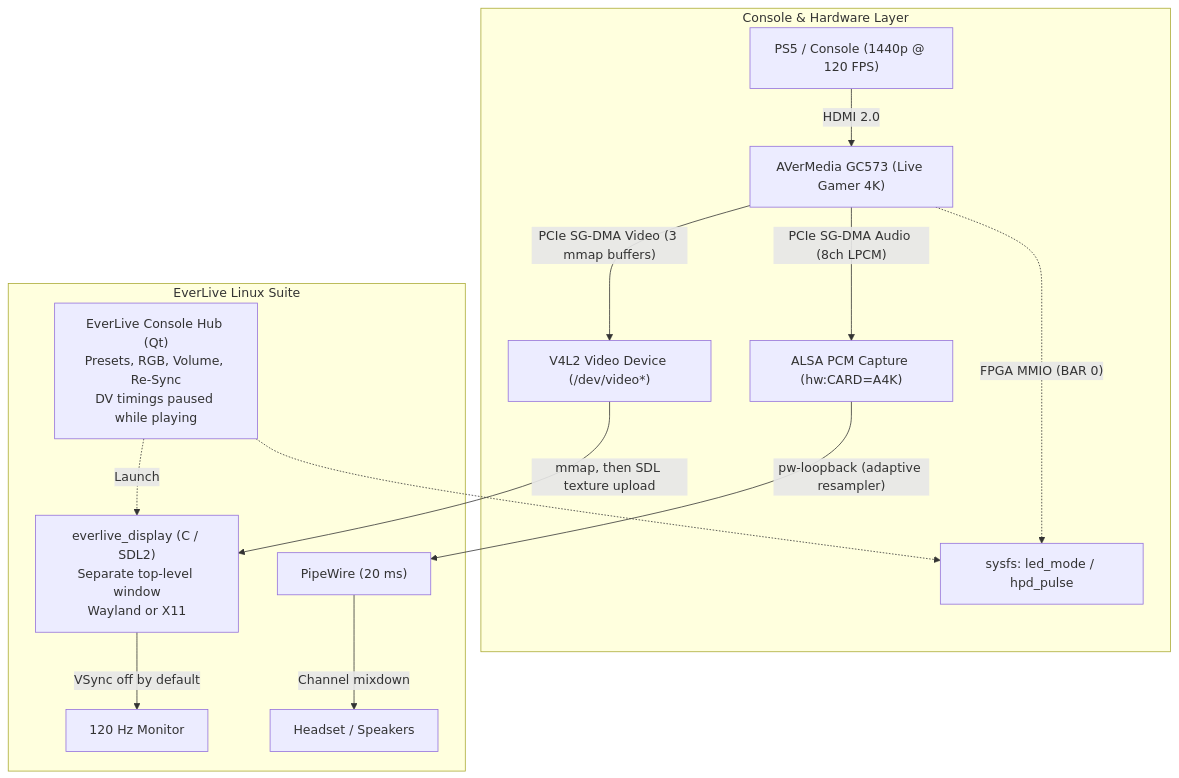
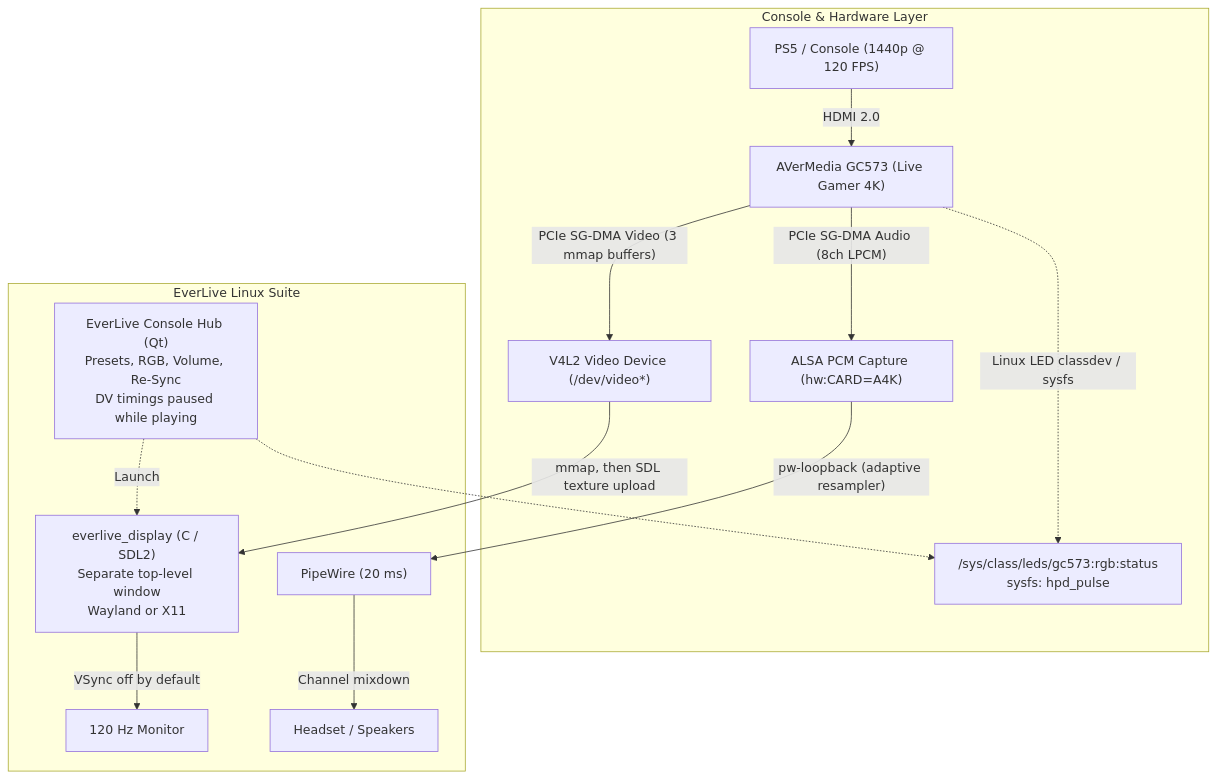
One commit to Everlite/EverLive changed the diagram in README.md. Above: the diagram before and after it, drawn with Mermaid. The commit also changed other lines of this file and 4 other files, not shown here.

````diff
--- a/README.md
+++ b/README.md
@@ -125,21 +125,21 @@
 ```mermaid
 flowchart TD
   subgraph Hardware["Console & Hardware Layer"]
     ps5["PS5 / Console (1440p @ 120 FPS)"] -->|HDMI 2.0| gc573["AVerMedia GC573 (Live Gamer 4K)"]
     gc573 -->|"PCIe SG-DMA Video (3 mmap buffers)"| v4l2["V4L2 Video Device (/dev/video*)"]
     gc573 -->|"PCIe SG-DMA Audio (8ch LPCM)"| alsa["ALSA PCM Capture (hw:CARD=A4K)"]
-    gc573 -.->|"FPGA MMIO (BAR 0)"| sysfs["sysfs: led_mode / hpd_pulse"]
+    gc573 -.->|"Linux LED classdev / sysfs"| sysfs["/sys/class/leds/gc573:rgb:status<br/>sysfs: hpd_pulse"]
   end
 
   subgraph EverLive["EverLive Linux Suite"]
     hub["EverLive Console Hub (Qt)<br/>Presets, RGB, Volume, Re-Sync<br/>DV timings paused while playing"]
     hub -.->|Launch| game["everlive_display (C / SDL2)<br/>Separate top-level window<br/>Wayland or X11"]
     hub -.-> sysfs
 
     v4l2 -->|"mmap, then SDL texture upload"| game
     game -->|"VSync off by default"| screen["120 Hz Monitor"]
 
     alsa -->|"pw-loopback (adaptive resampler)"| pw["PipeWire (20 ms)"]
     pw -->|Channel mixdown| speakers["Headset / Speakers"]
   end
 ```
````
